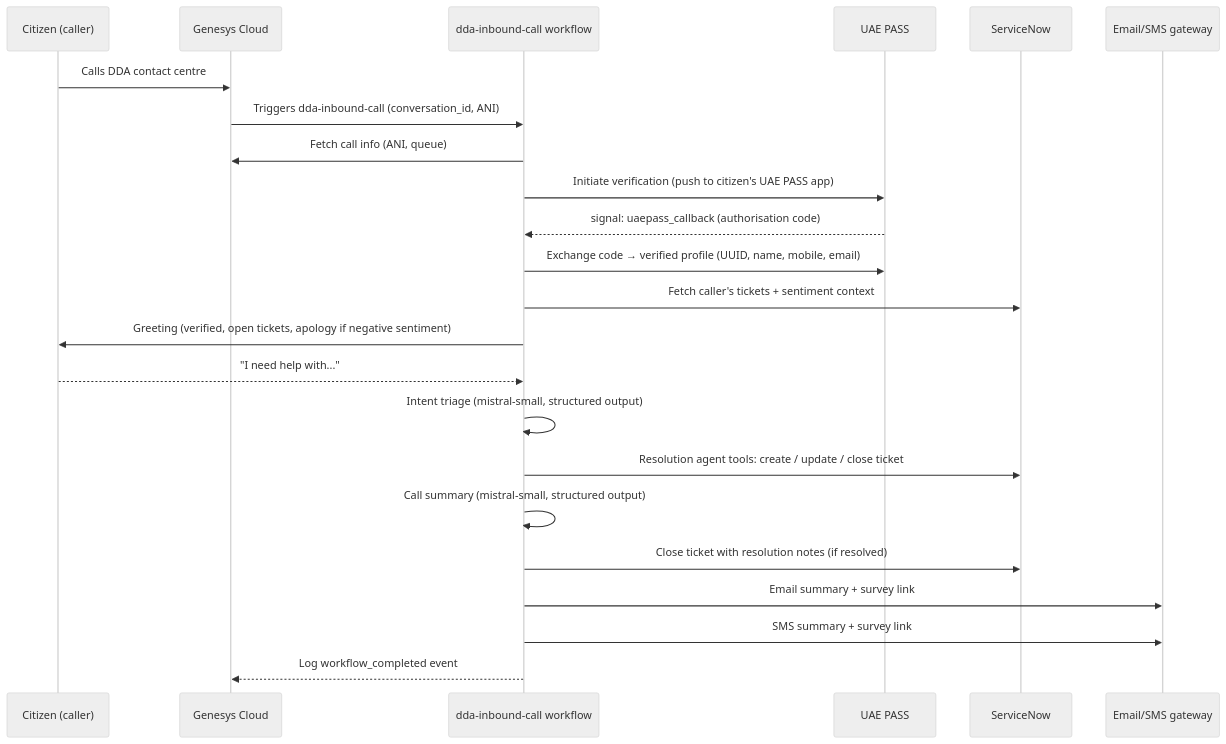
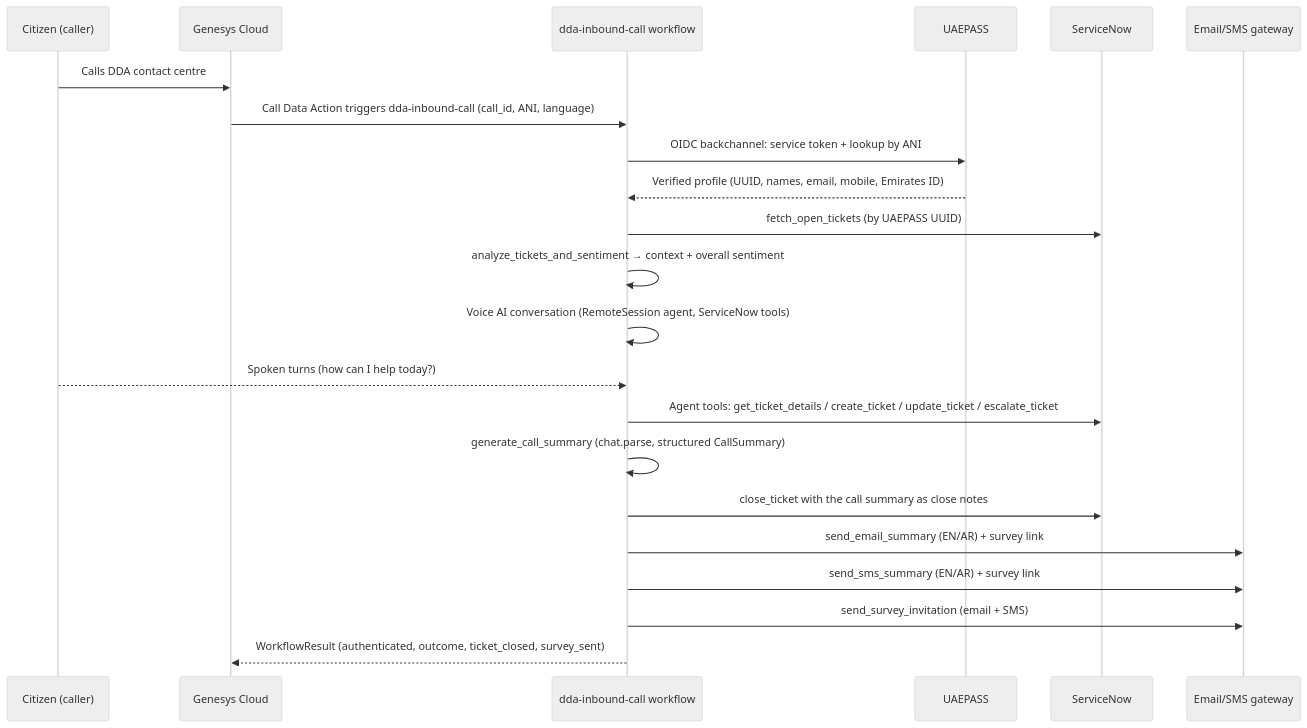
One commit to mohammedkhodr-ux/inbound-call-workflow changed the diagram in docs/architecture.md. Above: the diagram before and after it, drawn with Mermaid (neutral theme). The commit also changed other lines of this file and 16 other files, not shown here.

First line of the commit message:
Replace with durable RemoteSession implementation: bilingual voice AI, ServiceNow tools, close-out with survey

````diff
--- a/docs/architecture.md
+++ b/docs/architecture.md
@@ -5,26 +5,25 @@
 ```mermaid
 sequenceDiagram
     participant C as Citizen (caller)
     participant G as Genesys Cloud
     participant W as dda-inbound-call workflow
-    participant U as UAE PASS
+    participant U as UAEPASS
     participant S as ServiceNow
     participant N as Email/SMS gateway
 
     C->>G: Calls DDA contact centre
-    G->>W: Triggers dda-inbound-call (conversation_id, ANI)
-    W->>G: Fetch call info (ANI, queue)
-    W->>U: Initiate verification (push to citizen's UAE PASS app)
-    U-->>W: signal: uaepass_callback (authorisation code)
-    W->>U: Exchange code → verified profile (UUID, name, mobile, email)
-    W->>S: Fetch caller's tickets + sentiment context
-    W->>C: Greeting (verified, open tickets, apology if negative sentiment)
-    C-->>W: "I need help with..."
-    W->>W: Intent triage (mistral-small, structured output)
-    W->>S: Resolution agent tools: create / update / close ticket
-    W->>W: Call summary (mistral-small, structured output)
-    W->>S: Close ticket with resolution notes (if resolved)
-    W->>N: Email summary + survey link
-    W->>N: SMS summary + survey link
-    W-->>G: Log workflow_completed event
+    G->>W: Call Data Action triggers dda-inbound-call (call_id, ANI, language)
+    W->>U: OIDC backchannel: service token + lookup by ANI
+    U-->>W: Verified profile (UUID, names, email, mobile, Emirates ID)
+    W->>S: fetch_open_tickets (by UAEPASS UUID)
+    W->>W: analyze_tickets_and_sentiment → context + overall sentiment
+    W->>W: Voice AI conversation (RemoteSession agent, ServiceNow tools)
+    C-->>W: Spoken turns (how can I help today?)
+    W->>S: Agent tools: get_ticket_details / create_ticket / update_ticket / escalate_ticket
+    W->>W: generate_call_summary (chat.parse, structured CallSummary)
+    W->>S: close_ticket with the call summary as close notes
+    W->>N: send_email_summary (EN/AR) + survey link
+    W->>N: send_sms_summary (EN/AR) + survey link
+    W->>N: send_survey_invitation (email + SMS)
+    W-->>G: WorkflowResult (authenticated, outcome, ticket_closed, survey_sent)
 ```
````
